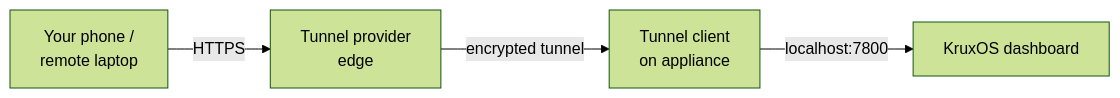
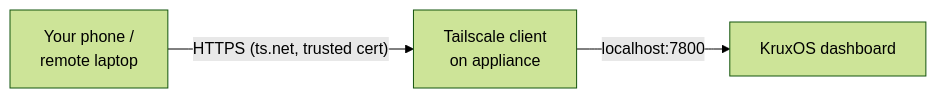
One commit to altvale/kruxos changed the diagram in docs/public/docs/guides/remote-access.md. Above: the diagram before and after it, drawn with Mermaid (forest theme). The commit also changed other lines of this file, not shown here.

First line of the commit message:
docs(guides): rewrite Remote Access around the built-in Tailscale feature

````diff
--- a/docs/public/docs/guides/remote-access.md
+++ b/docs/public/docs/guides/remote-access.md
@@ -18,6 +18,5 @@
 ```mermaid
 graph LR
-    Phone[Your phone /<br/>remote laptop] -->|HTTPS| Edge[Tunnel provider<br/>edge]
-    Edge -->|encrypted tunnel| Client[Tunnel client<br/>on appliance]
-    Client -->|localhost:7800| Dash[KruxOS dashboard]
+    Phone[Your phone /<br/>remote laptop] -->|"HTTPS (ts.net, trusted cert)"| TS[Tailscale client<br/>on appliance]
+    TS -->|localhost:7800| Dash[KruxOS dashboard]
 ```
````
